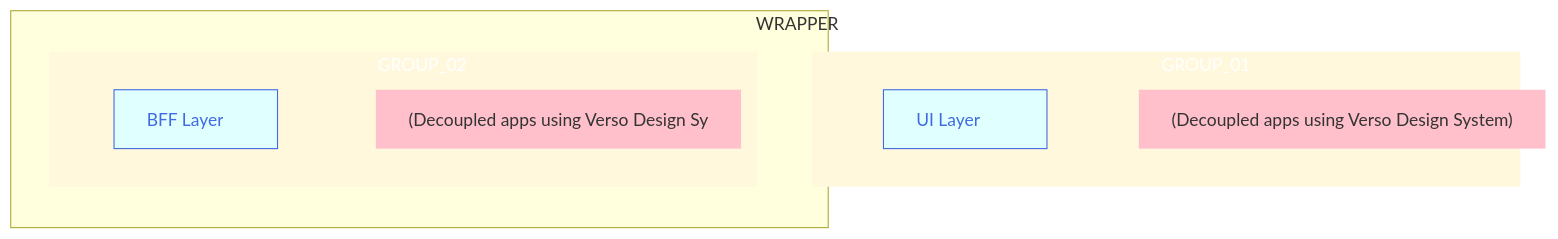
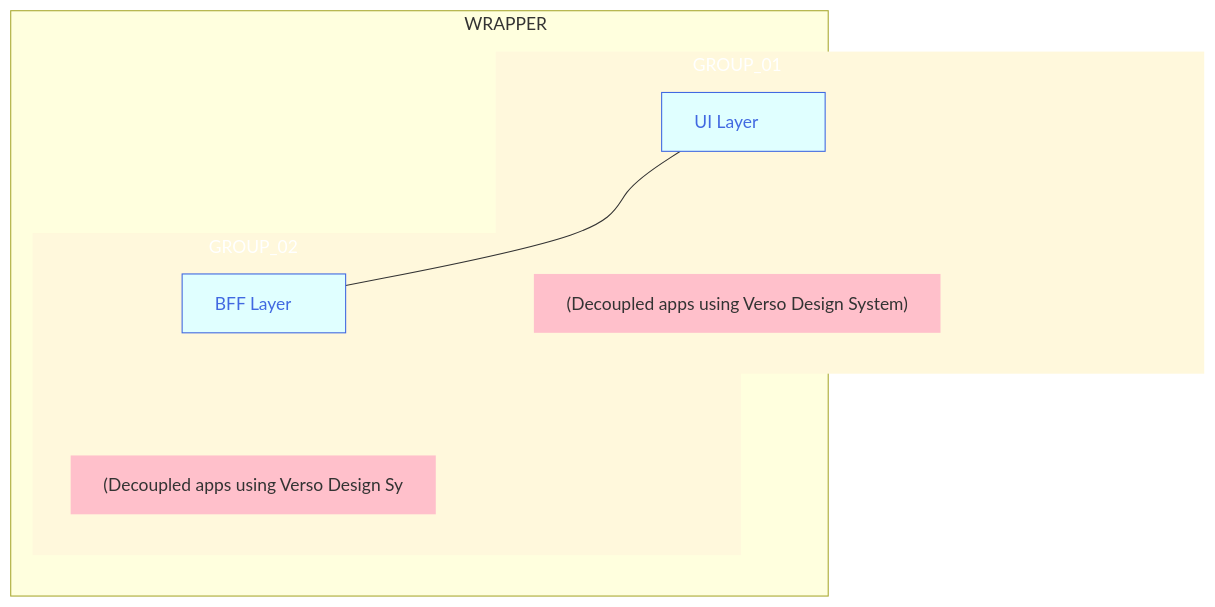
One commit to joe-dorward/samples changed the diagram in buttons_mermaid_v5.md. Above: the diagram before and after it, drawn with Mermaid.

````diff
--- a/buttons_mermaid_v5.md
+++ b/buttons_mermaid_v5.md
@@ -3,48 +3,48 @@
 ```mermaid
   %%{
     init: {
       "flowchart": { "markdownAutoWrap":"false", "textWrap":"false", "textAlign":"left", "wrappingWidth": "100%" }
     }
   }%%
   flowchart TD
 
   classDef Button fill:lightcyan, stroke:royalblue, color:royalblue, width:150px
   classDef Note fill:pink, stroke-width:0px, text-align:right
   %% ---------- ---------- ---------- ---------- ---------- ---------- ---------- ---------- ---------- ----------
 subgraph WRAPPER
   direction TD
 
   subgraph GROUP_01
     %%direction LR
 
     BUTTON_01_NOTE["(Decoupled apps using Verso Design System)"]:::Note
     BUTTON_01["UI Layer"]:::Button
     click BUTTON_01 "https://en.wikipedia.org/wiki/Main_Page" _blank
 
     BUTTON_01~~~
     BUTTON_01_NOTE
   end
   %% ---------- ---------- ---------- ---------- ---------- ---------- ---------- ---------- ---------- ----------
   subgraph GROUP_02
     %%direction LR
 
     %%BUTTON_02_NOTE["(Tailored aggregation and presentation)"]:::Note
     BUTTON_02_NOTE["(Decoupled apps using Verso Design Sy"]:::Note
     BUTTON_02["BFF Layer"]:::Button
     click BUTTON_02 "https://en.wikipedia.org/wiki/Main_Page" _blank
 
     BUTTON_02~~~
     BUTTON_02_NOTE
   end
 end
   %% ---------- ---------- ---------- ---------- ---------- ---------- ---------- ---------- ---------- ----------
 
 %%GROUP_01-.-GROUP_02
 
-%%BUTTON_01-->BUTTON_02
+BUTTON_01-->BUTTON_02
 
   style GROUP_01 fill:cornsilk, color:white, stroke-width:0px, width:650px
   style GROUP_02 fill:cornsilk, color:white, stroke-width:0px, width:650px
 
   style WRAPPER width:750px
 ```
````
